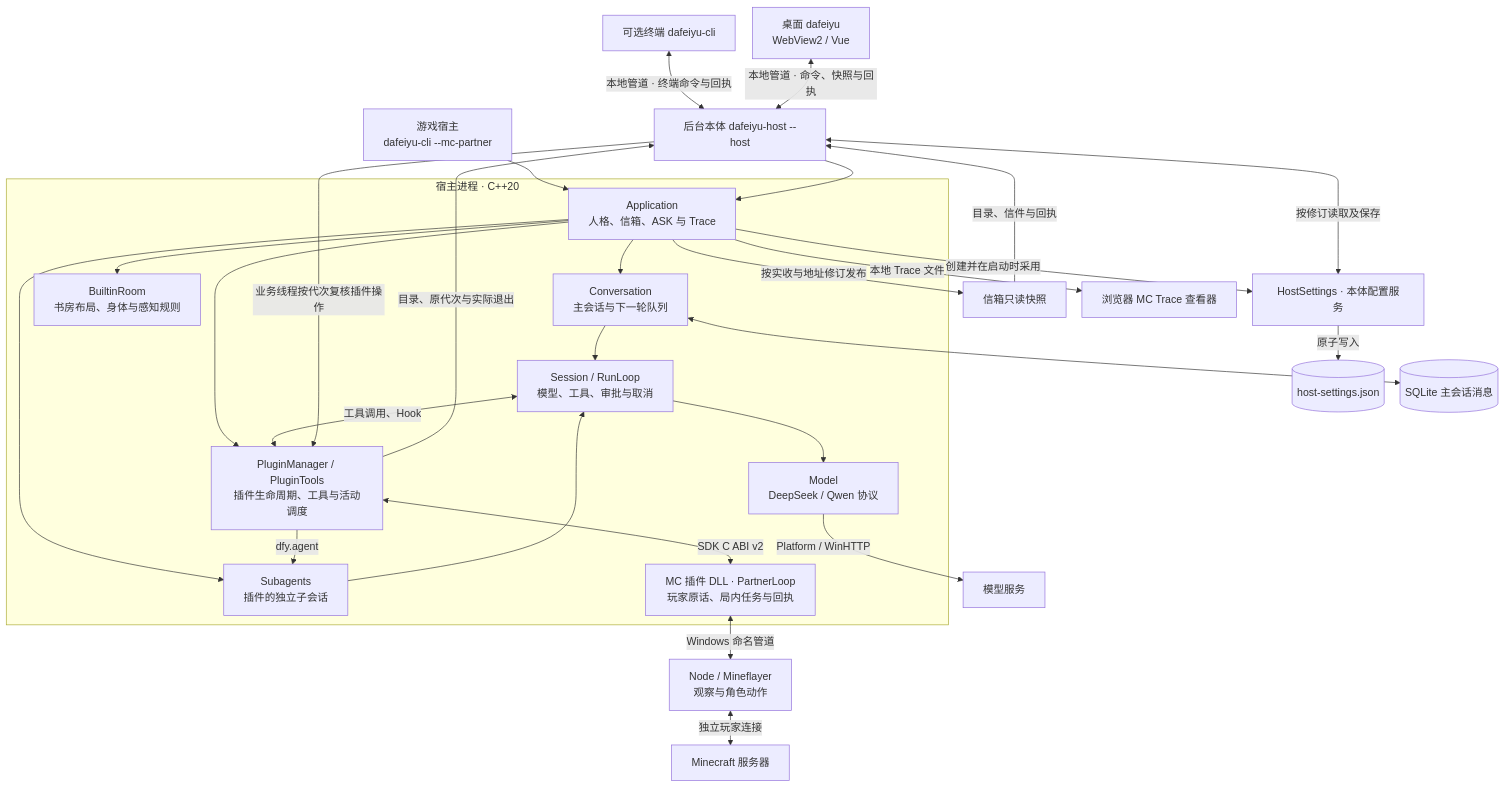
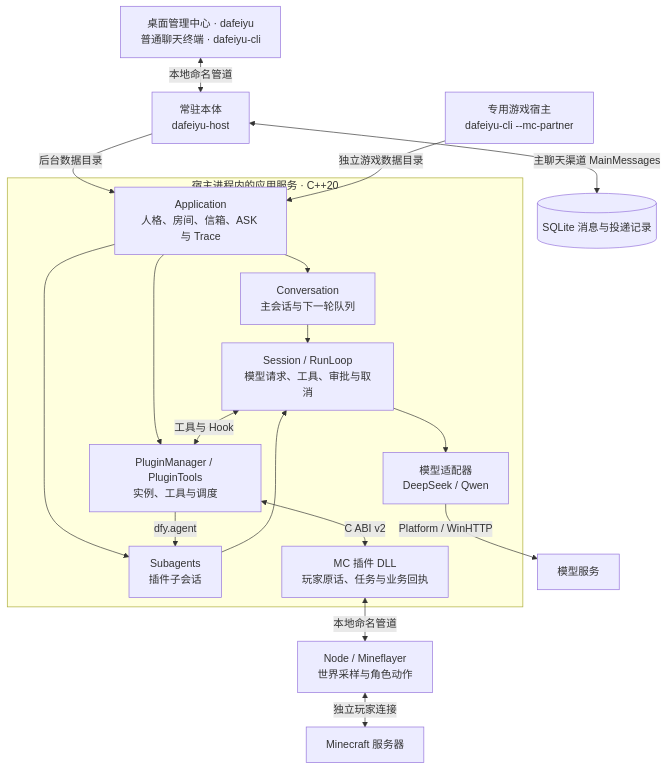
One commit to AuraKaliya/DaFeiYu- changed the first of 5 diagrams in docs/architecture.md. Above: the diagram before and after it, drawn with Mermaid. The commit also changed other lines of this file and 5 other files, not shown here.

````diff
--- a/docs/architecture.md
+++ b/docs/architecture.md
@@ -52,49 +60,36 @@
 ```mermaid
 ---
 config:
   flowchart:
     rankSpacing: 28
     nodeSpacing: 24
 ---
 flowchart TB
-    Terminal["可选终端 dafeiyu-cli"]
-    GameHost["游戏宿主<br/>dafeiyu-cli --mc-partner"]
-    Gui["桌面 dafeiyu<br/>WebView2 / Vue"]
+    Clients["桌面管理中心 · dafeiyu<br/>普通聊天终端 · dafeiyu-cli"]
+    Clients <-->|本地命名管道| Resident["常驻本体<br/>dafeiyu-host"]
+    Resident <-->|主聊天渠道 MainMessages| Messages[(SQLite 消息与投递记录)]
+    Resident -->|后台数据目录| App
+    GameHost["专用游戏宿主<br/>dafeiyu-cli --mc-partner"] -->|独立游戏数据目录| App
 
-    subgraph Host["宿主进程 · C++20"]
-        App["Application<br/>人格、信箱、ASK 与 Trace"]
+    subgraph Host["宿主进程内的应用服务 · C++20"]
+        App["Application<br/>人格、房间、信箱、ASK 与 Trace"]
         Main["Conversation<br/>主会话与下一轮队列"]
-        Room["BuiltinRoom<br/>书房布局、身体与感知规则"]
-        Child["Subagents<br/>插件的独立子会话"]
-        Run["Session / RunLoop<br/>模型、工具、审批与取消"]
-        Plugins["PluginManager / PluginTools<br/>插件生命周期、工具与活动调度"]
-        Mc["MC 插件 DLL · PartnerLoop<br/>玩家原话、局内任务与回执"]
-        Model["Model<br/>DeepSeek / Qwen 协议"]
-
-        App --> Main --> Run
-        App --> Room
-        App --> Child --> Run
+        Child["Subagents<br/>插件子会话"]
+        Run["Session / RunLoop<br/>模型请求、工具、审批与取消"]
+        Plugins["PluginManager / PluginTools<br/>实例、工具与调度"]
+        Mc["MC 插件 DLL<br/>玩家原话、任务与业务回执"]
+        App --> Main
+        App --> Child
         App --> Plugins
+        Main --> Run
+        Child --> Run
         Plugins -->|dfy.agent| Child
-        Run <-->|工具调用、Hook| Plugins
-        Plugins <-->|SDK C ABI v2| Mc
-        Run --> Model
+        Run <-->|工具与 Hook| Plugins
+        Plugins <-->|C ABI v2| Mc
+        Run --> Model["模型适配器<br/>DeepSeek / Qwen"]
     end
 
-    Terminal <-->|本地管道 · 终端命令与回执| Resident
-    GameHost --> App
-    Gui <-->|本地管道 · 命令、快照与回执| Resident["后台本体 dafeiyu-host --host"]
-    Resident --> App
-    App -->|按实收与地址修订发布| MailView["信箱只读快照"]
-    MailView -->|目录、信件与回执| Resident
-    Resident -->|业务线程按代次复核插件操作| Plugins
-    Plugins -->|目录、原代次与实际退出| Resident
-    App -->|创建并在启动时采用| HostSettings["HostSettings · 本体配置服务"]
-    Resident <-->|按修订读取及保存| HostSettings
-    HostSettings -->|原子写入| SettingsFile[(host-settings.json)]
-    Main <--> Messages[(SQLite 主会话消息)]
-    App -->|本地 Trace 文件| Viewer["浏览器 MC Trace 查看器"]
     Model -->|Platform / WinHTTP| Service["模型服务"]
-    Mc <-->|Windows 命名管道| Bridge["Node / Mineflayer<br/>观察与角色动作"]
+    Mc <-->|本地命名管道| Bridge["Node / Mineflayer<br/>世界采样与角色动作"]
     Bridge <-->|独立玩家连接| Minecraft["Minecraft 服务器"]
 ```
````
